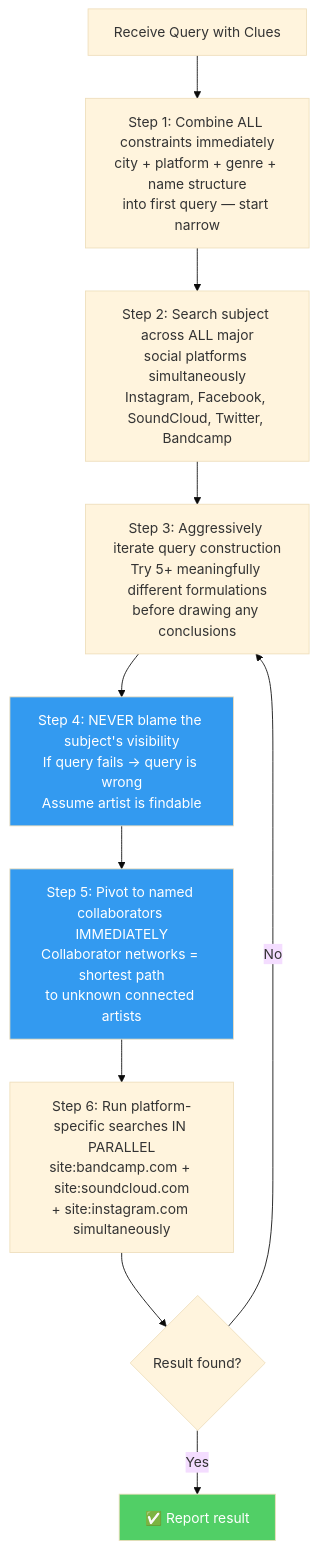
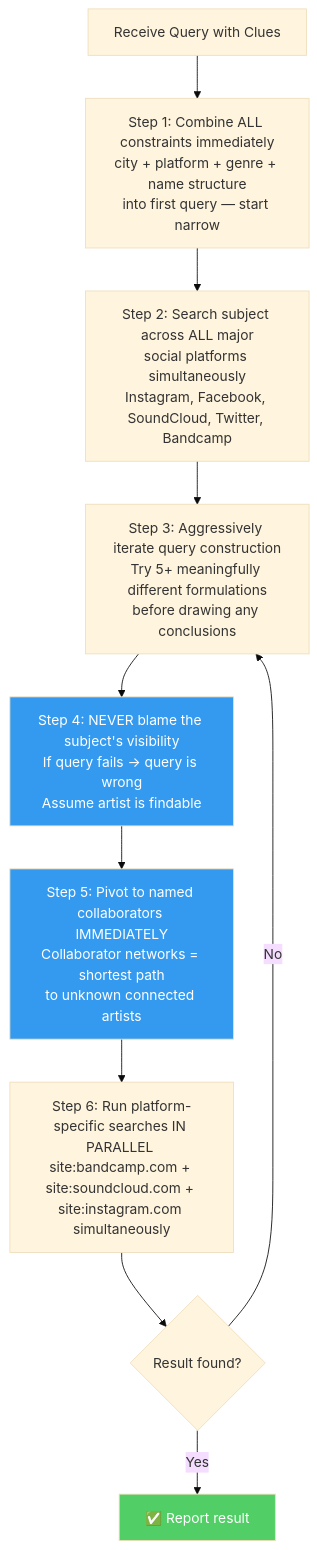
One commit to mray271/calamus changed the fourth of 5 diagrams in samples/why_claude_sonnet_fails_to_discover_music.md. Above: the diagram before and after it, drawn with Mermaid (base theme). The commit also changed other lines of this file and 9 other files, not shown here.

First line of the commit message:
Fix PR #79 regressions, add Mermaid diagram centering, and improve CSS encapsulation (#83)

````diff
--- a/samples/why_claude_sonnet_fails_to_discover_music.md
+++ b/samples/why_claude_sonnet_fails_to_discover_music.md
@@ -172,34 +175,45 @@
 ```mermaid
+%%{init: {"flowchart": {"useMaxWidth": false}}}%%
 graph TD
     A[Receive Query with Clues] --> B
 
-    B["Step 1: Combine ALL constraints immediately\ncity + platform + genre + name structure\ninto first query — start narrow"]
+    B["`Step 1: Combine ALL constraints immediately
+city + platform + genre + name structure
+into first query — start narrow`"]
 
     B --> C
 
-    C["Step 2: Search subject across ALL major\nsocial platforms simultaneously\nInstagram, Facebook, SoundCloud, Twitter, Bandcamp"]
+    C["`Step 2: Search subject across ALL major
+social platforms simultaneously
+Instagram, Facebook, SoundCloud, Twitter, Bandcamp`"]
 
     C --> D
 
-    D["Step 3: Aggressively iterate query construction\nTry 5+ meaningfully different formulations\nbefore drawing any conclusions"]
+    D["`Step 3: Aggressively iterate query construction
+Try 5+ meaningfully different formulations
+before drawing any conclusions`"]
 
     D --> E
 
-    E["Step 4: NEVER blame the subject's visibility\nIf query fails → query is wrong\nAssume artist is findable"]
+    E["`Step 4: NEVER blame the subject's visibility
+If query fails → query is wrong
+Assume artist is findable`"]
 
     E --> F
 
-    F["Step 5: Pivot to named collaborators IMMEDIATELY\nCollaborator networks = shortest path\nto unknown connected artists"]
+    F["`Step 5: Pivot to named collaborators IMMEDIATELY
+Collaborator networks = shortest path
+to unknown connected artists`"]
 
     F --> G
 
-    G["Step 6: Run platform-specific searches IN PARALLEL\nsite:bandcamp.com + site:soundcloud.com\n+ site:instagram.com simultaneously"]
+    G["`Step 6: Run platform-specific searches IN PARALLEL site:bandcamp.com + site:soundcloud.com + site:instagram.com simultaneously`"]
 
     G --> H{Result found?}
     H -- Yes --> I[✅ Report result]
     H -- No --> D
 
     style E fill:#339af0,color:#fff
     style F fill:#339af0,color:#fff
     style I fill:#51cf66,color:#fff
 ```
````
